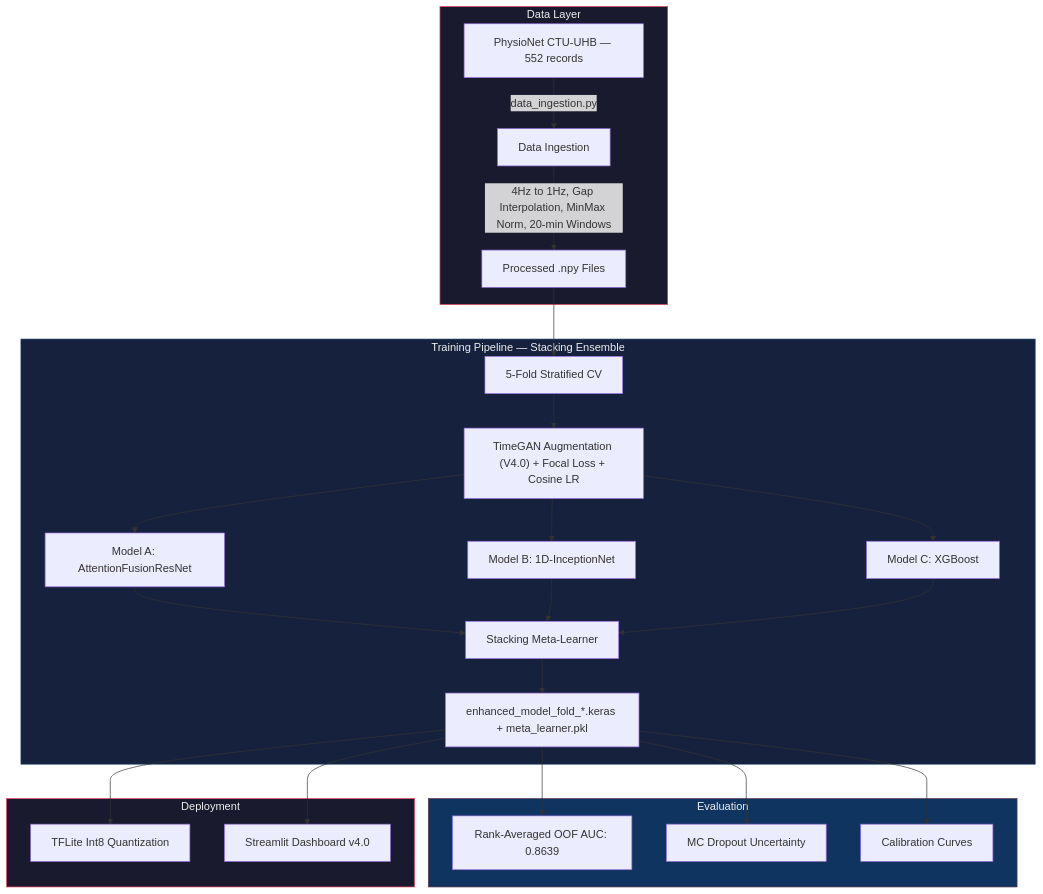
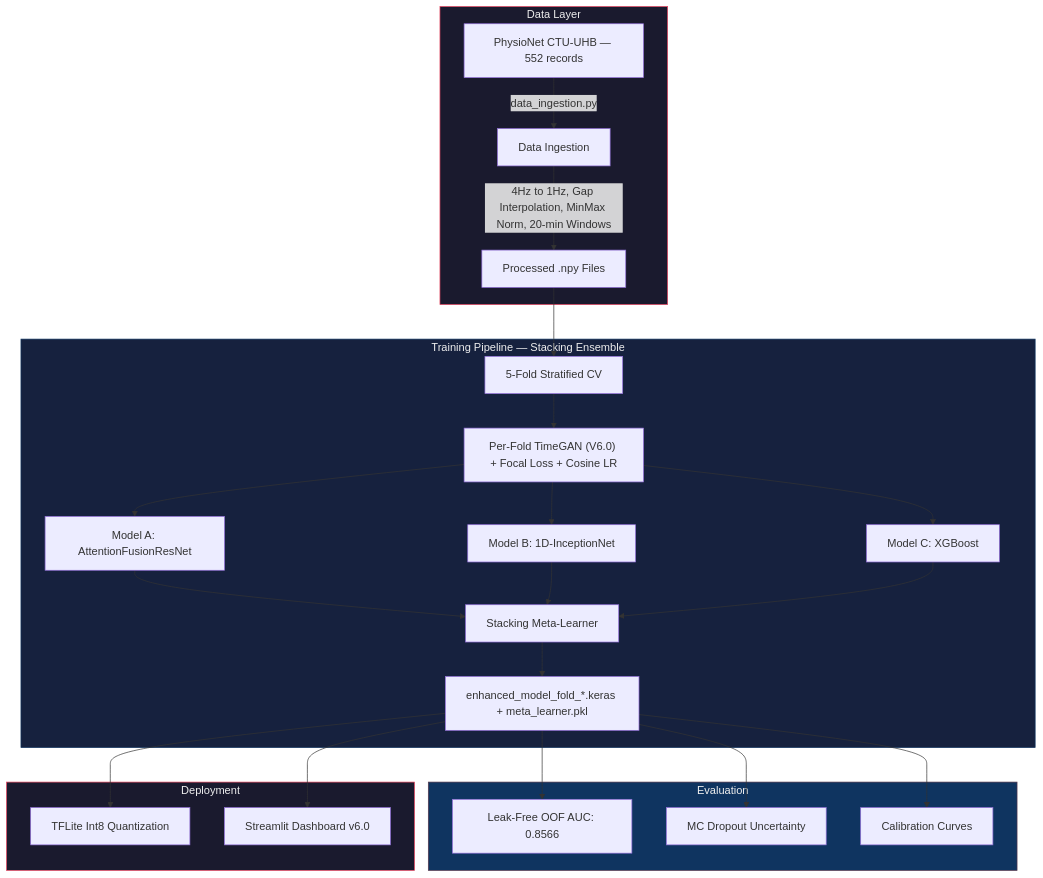
Before and after one commit to Krishna200608/NeuroFetal-AI: the first of 4 diagrams in Reports/Resources/explain.md, drawn with Mermaid. The commit also changed other lines of this file and 4 other files, not shown here.

Commit message:
docs: update all documentation to V6.0 (leak-free per-fold TimeGAN, ensemble AUC 0.8566, Mendis baseline 0.7983)

````diff
--- a/Reports/Resources/explain.md
+++ b/Reports/Resources/explain.md
@@ -117,33 +117,33 @@
 ```mermaid
 flowchart TD
     subgraph DATA ["Data Layer"]
         A["PhysioNet CTU-UHB — 552 records"] -->|"data_ingestion.py"| B["Data Ingestion"]
         B -->|"4Hz to 1Hz, Gap Interpolation, MinMax Norm, 20-min Windows"| C["Processed .npy Files"]
     end
 
     subgraph TRAIN ["Training Pipeline — Stacking Ensemble"]
         C --> D["5-Fold Stratified CV"]
-        D --> E["TimeGAN Augmentation (V4.0) + Focal Loss + Cosine LR"]
+        D --> E["Per-Fold TimeGAN (V6.0) + Focal Loss + Cosine LR"]
         E --> F1["Model A: AttentionFusionResNet"]
         E --> F2["Model B: 1D-InceptionNet"]
         E --> F3["Model C: XGBoost"]
         F1 & F2 & F3 --> G["Stacking Meta-Learner"]
         G --> H["enhanced_model_fold_*.keras + meta_learner.pkl"]
     end
 
     subgraph EVAL ["Evaluation"]
-        H --> I["Rank-Averaged OOF AUC: 0.8639"]
+        H --> I["Leak-Free OOF AUC: 0.8566"]
         H --> J["MC Dropout Uncertainty"]
         H --> K["Calibration Curves"]
     end
 
     subgraph DEPLOY ["Deployment"]
         H --> L["TFLite Int8 Quantization"]
-        H --> M["Streamlit Dashboard v4.0"]
+        H --> M["Streamlit Dashboard v6.0"]
     end
 
     style DATA fill:#1a1a2e,stroke:#e94560,color:#eee
     style TRAIN fill:#16213e,stroke:#0f3460,color:#eee
     style EVAL fill:#0f3460,stroke:#53354a,color:#eee
     style DEPLOY fill:#1a1a2e,stroke:#e94560,color:#eee
 ```
````
